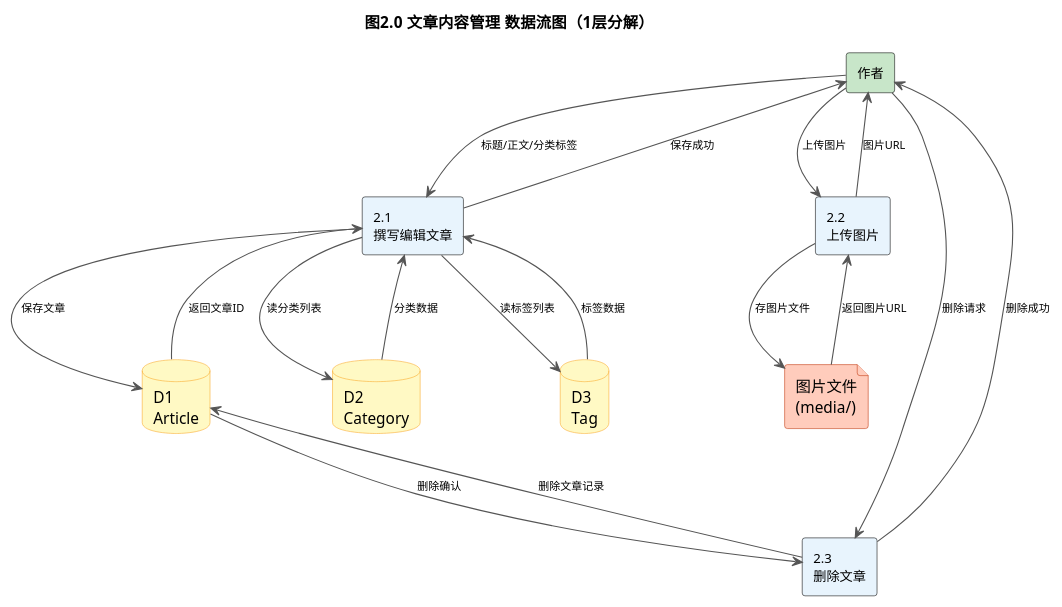
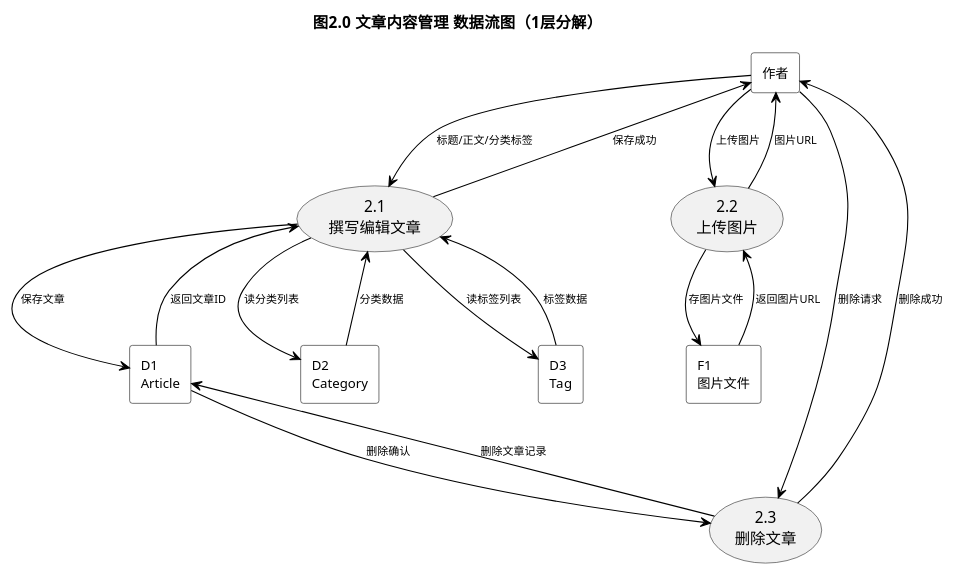
The third of 5 diagrams in doc/素材/纪秀茹/blog数据流图.puml (xiongyuanhao0525-bot/Class3-Group4), drawn with PlantUML before and after one commit. The commit also changed other lines of this file and 5 other files, not shown here.

Commit message:
纪秀茹：优化blog数据流图，调整样式

```diff
--- a/doc/素材/纪秀茹/blog数据流图.puml
+++ b/doc/素材/纪秀茹/blog数据流图.puml
@@ -89,51 +81,43 @@
 @startuml DFD-2文章内容管理
 skinparam defaultFontName "Microsoft YaHei"
-skinparam nodesep 60
-skinparam ranksep 80
+skinparam nodesep 50
+skinparam ranksep 70
 skinparam rectangle {
-  BackgroundColor #FEFEFE
+  BackgroundColor white
   BorderColor black
   FontSize 12
 }
-skinparam database {
-  BackgroundColor #FFF9C4
-  BorderColor #F9A825
-}
-skinparam file {
-  BackgroundColor #FFCCBC
-  BorderColor #BF360C
-}
 skinparam ArrowFontSize 10
-skinparam ArrowColor #555555
+skinparam ArrowColor black
 title 图2.0  文章内容管理 数据流图（1层分解）
 
-rectangle "作者" as E2 #C8E6C9
+rectangle "作者" as E2
 
-rectangle "2.1\n撰写编辑文章" as P21 #E8F4FD
-rectangle "2.2\n上传图片" as P22 #E8F4FD
-rectangle "2.3\n删除文章" as P23 #E8F4FD
+usecase "2.1\n撰写编辑文章" as P21
+usecase "2.2\n上传图片" as P22
+usecase "2.3\n删除文章" as P23
 
-database "D1\nArticle" as D1 #FFF9C4
-database "D2\nCategory" as D2 #FFF9C4
-database "D3\nTag" as D3 #FFF9C4
-file "图片文件\n(media/)" as F1 #FFCCBC
+rectangle "D1\nArticle" as D1
+rectangle "D2\nCategory" as D2
+rectangle "D3\nTag" as D3
+rectangle "F1\n图片文件" as F1
 
 E2 --> P21 : 标题/正文/分类标签
 P21 --> D2 : 读分类列表
 D2 --> P21 : 分类数据
 P21 --> D3 : 读标签列表
 D3 --> P21 : 标签数据
 P21 --> D1 : 保存文章
 D1 --> P21 : 返回文章ID
 P21 --> E2 : 保存成功
 
 E2 --> P22 : 上传图片
 P22 --> F1 : 存图片文件
 F1 --> P22 : 返回图片URL
 P22 --> E2 : 图片URL
 
 E2 --> P23 : 删除请求
 P23 --> D1 : 删除文章记录
 D1 --> P23 : 删除确认
 P23 --> E2 : 删除成功
 @enduml
```
